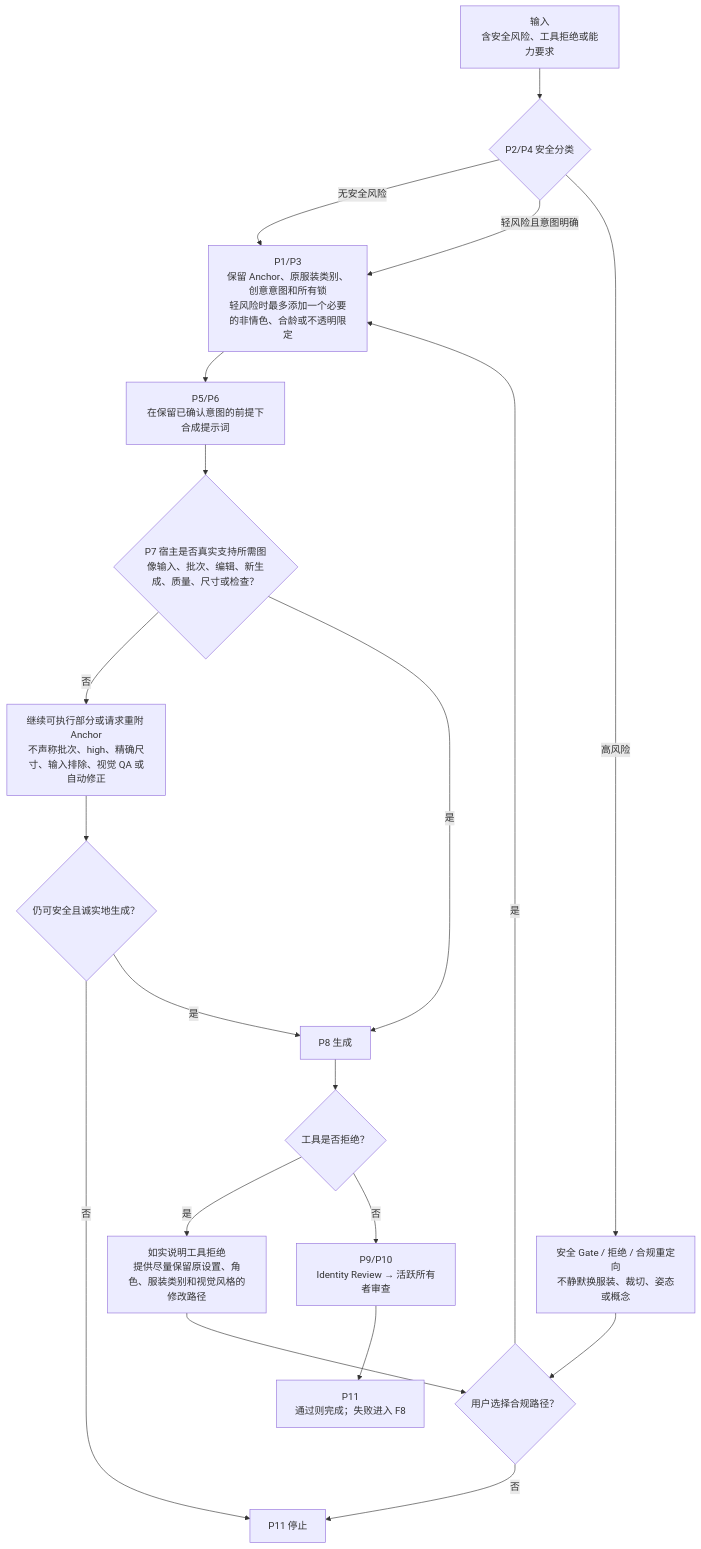
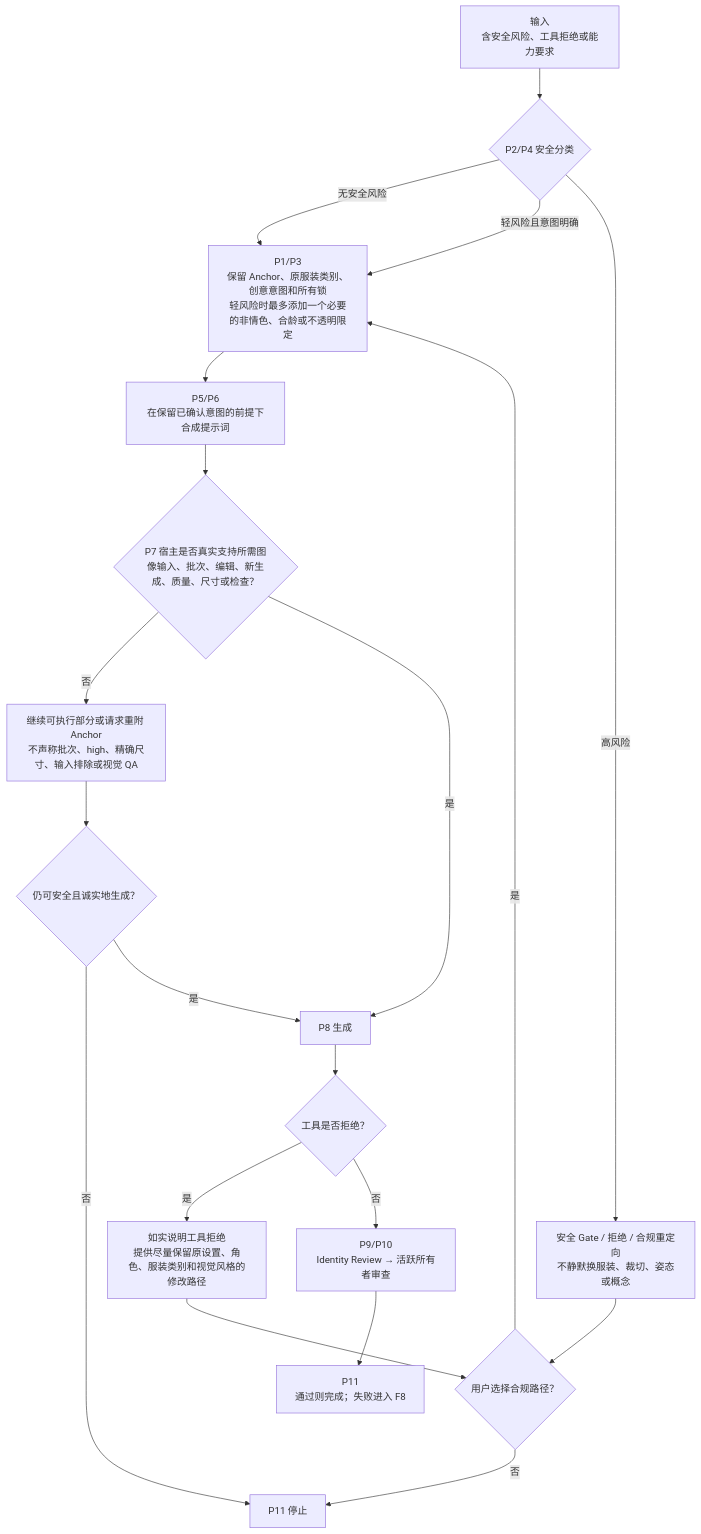
Diagram 13 of 13 in docs/architecture.md (cyaoc/cast-me), drawn with Mermaid before and after one commit. The commit also changed other lines of this file and 7 other files, not shown here.

````diff
--- a/docs/architecture.md
+++ b/docs/architecture.md
@@ -495,22 +502,22 @@
 ```mermaid
 flowchart TD
     U["输入<br/>含安全风险、工具拒绝或能力要求"] --> SAFETY{"P2/P4 安全分类"}
     SAFETY -- 无安全风险 --> NORMAL["P1/P3<br/>保留 Anchor、原服装类别、创意意图和所有锁<br/>轻风险时最多添加一个必要的非情色、合龄或不透明限定"]
     SAFETY -- 轻风险且意图明确 --> NORMAL
     SAFETY -- 高风险 --> G["安全 Gate / 拒绝 / 合规重定向<br/>不静默换服装、裁切、姿态或概念"]
     G --> CHOICE{"用户选择合规路径？"}
     CHOICE -- 否 --> STOP["P11 停止"]
     CHOICE -- 是 --> NORMAL
     NORMAL --> P["P5/P6<br/>在保留已确认意图的前提下合成提示词"]
     P --> CAP{"P7 宿主是否真实支持所需图像输入、批次、编辑、新生成、质量、尺寸或检查？"}
-    CAP -- 否 --> LIMIT["继续可执行部分或请求重附 Anchor<br/>不声称批次、high、精确尺寸、输入排除、视觉 QA 或自动修正"]
+    CAP -- 否 --> LIMIT["继续可执行部分或请求重附 Anchor<br/>不声称批次、high、精确尺寸、输入排除或视觉 QA"]
     CAP -- 是 --> GEN["P8 生成"]
     LIMIT --> POSSIBLE{"仍可安全且诚实地生成？"}
     POSSIBLE -- 否 --> STOP
     POSSIBLE -- 是 --> GEN
     GEN --> BLOCKED{"工具是否拒绝？"}
     BLOCKED -- 是 --> REPORT["如实说明工具拒绝<br/>提供尽量保留原设置、角色、服装类别和视觉风格的修改路径"]
     BLOCKED -- 否 --> R["P9/P10<br/>Identity Review → 活跃所有者审查"]
     REPORT --> CHOICE
     R --> O["P11<br/>通过则完成；失败进入 F8"]
 ```
````
